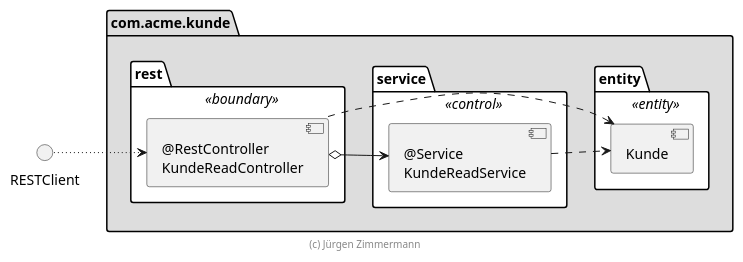
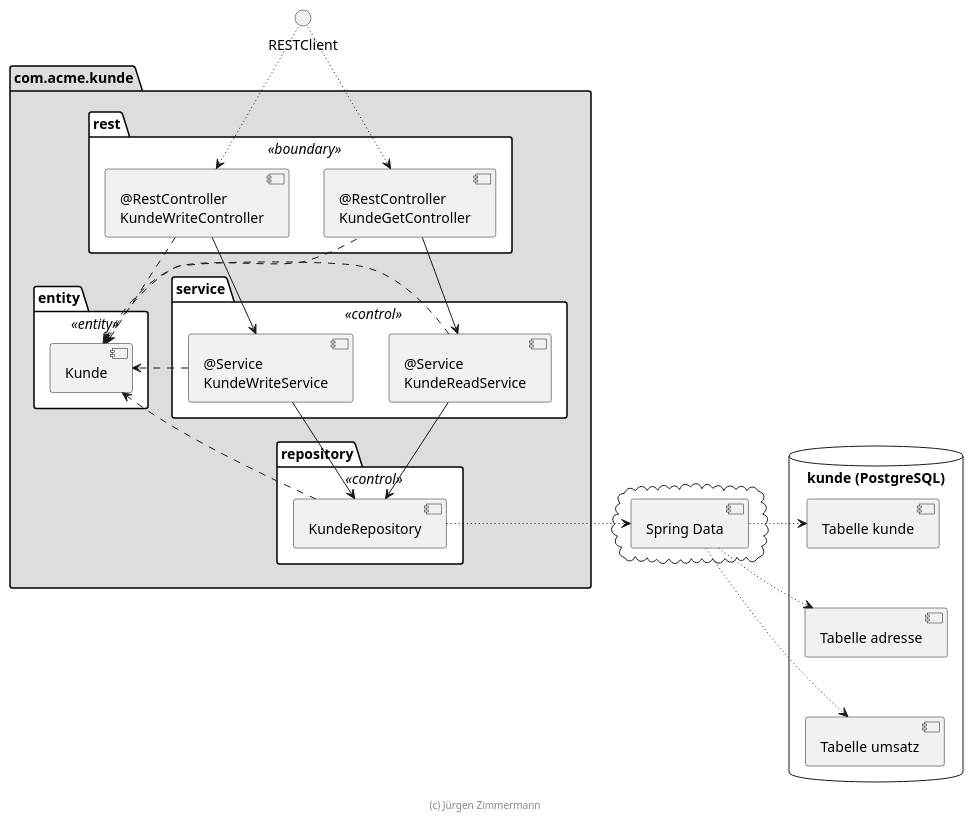
The diagram in SWA/kunde-v1/kunde/extras/doc/komponenten.plantuml (AntoninFa/Practise), drawn with PlantUML before and after one commit. The commit also changed 83 other files, not shown here.

```diff
--- a/SWA/kunde-v1/kunde/extras/doc/komponenten.plantuml
+++ b/SWA/kunde-v1/kunde/extras/doc/komponenten.plantuml
@@ -15,27 +15,57 @@
 @startuml Komponenten
-
-left to right direction
 
 package com.acme.kunde #DDDDDD {
     package rest <<boundary>> #FFFFFF {
-        [@RestController\nKundeReadController] as KundeReadController
+        [@RestController\nKundeGetController] as KundeGetController
+        [@RestController\nKundeWriteController] as KundeWriteController
     }
 
     package service <<control>> #FFFFFF {
         [@Service\nKundeReadService] as KundeReadService
+        [@Service\nKundeWriteService] as KundeWriteService
+    }
+
+    package repository <<control>> #FFFFFF {
+        [KundeRepository]
     }
 
     package entity <<entity>> #FFFFFF {
         [Kunde]
     }
 }
 
-RESTClient ~~> [KundeReadController]
+cloud {
+    [Spring Data]
+}
 
-[KundeReadController] o--> [KundeReadService]
-[KundeReadController] .up.> [Kunde]
-[KundeReadService] ..> [Kunde]
+database "kunde (PostgreSQL)" {
+    [Tabelle kunde]
+    [Tabelle umsatz]
+    [Tabelle adresse]
+
+    [Tabelle kunde] -[hidden]-> [Tabelle adresse]
+    [Tabelle adresse] -[hidden]-> [Tabelle umsatz]
+}
+
+RESTClient ~~> [KundeGetController]
+RESTClient ~~> [KundeWriteController]
+
+[KundeGetController] --> [KundeReadService]
+[KundeWriteController] --> [KundeWriteService]
+[KundeReadService] --> [KundeRepository]
+[KundeWriteService] --> [KundeRepository]
+
+[KundeGetController] .left.> [Kunde]
+[KundeWriteController] ..> [Kunde]
+[KundeReadService] .left.> [Kunde]
+[KundeWriteService] ..> [Kunde]
+[KundeRepository] ..> [Kunde]
+
+[KundeRepository] ~right~> [Spring Data]
+[Spring Data] ~right~> [Tabelle kunde]
+[Spring Data] ~~> [Tabelle adresse]
+[Spring Data] ~~> [Tabelle umsatz]
 
 footer (c) Jürgen Zimmermann
 
 @enduml
```
